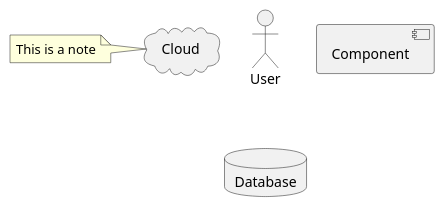
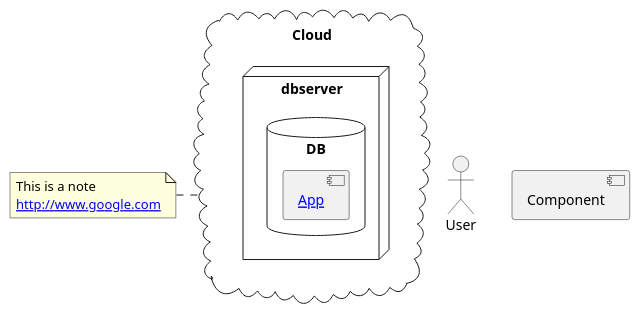
The diagram in example/plantuml-1.plantuml (dotmpe/node-sitefile), drawn with PlantUML before and after one commit. The commit also changed 2 other files, not shown here.

```diff
--- a/example/plantuml-1.plantuml
+++ b/example/plantuml-1.plantuml
@@ -1,18 +1,22 @@
 @startuml
 
 
 actor User
 
 component Component
 
-database Database
-
-cloud Cloud
-
+cloud Cloud {
+	node dbserver {
+		database "DB" {
+			[<u><font color=blue>App</font></u>] as APP
+		}
+	}
+}
 
 note left of Cloud
   This is a note
+  [[http://www.google.com]]
 end note
 
 
 @enduml
```
